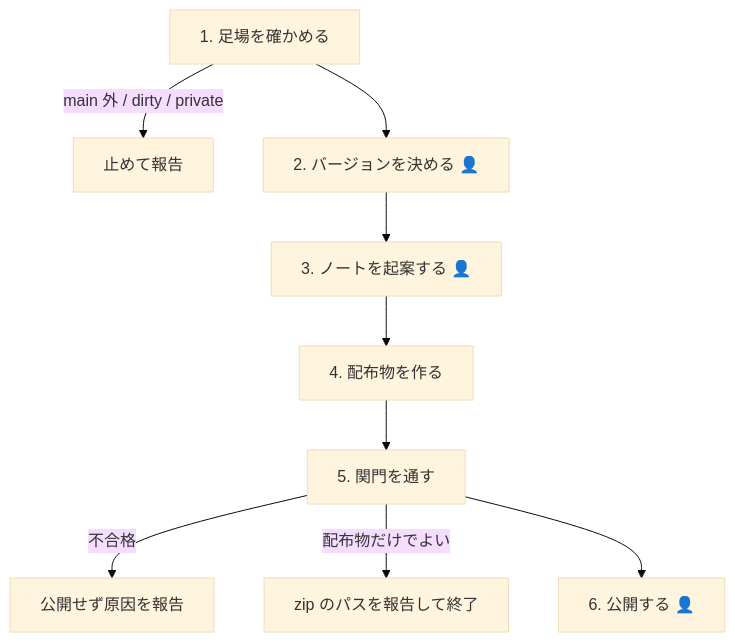
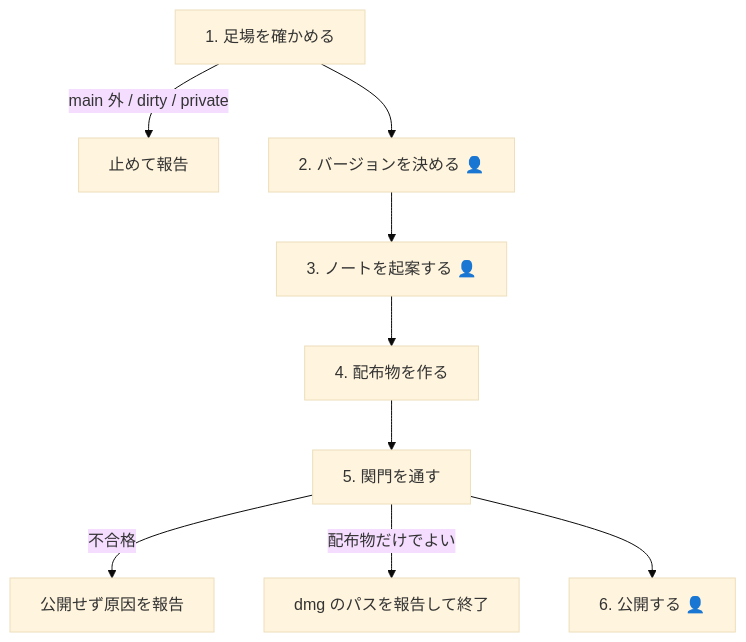
Before and after one commit to nakashima-takeo/orbe: the diagram in .claude/skills/release/SKILL.md, drawn with Mermaid (base theme). The commit also changed other lines of this file, not shown here.

First line of the commit message:
docs(release): release スキルを DMG 配布に合わせて更新

````diff
--- a/.claude/skills/release/SKILL.md
+++ b/.claude/skills/release/SKILL.md
@@ -22,11 +22,11 @@
 ```mermaid
 flowchart TD
     A[1. 足場を確かめる] -->|main 外 / dirty / private| S1[止めて報告]
     A --> B[2. バージョンを決める 👤]
     B --> C[3. ノートを起案する 👤]
     C --> D[4. 配布物を作る]
     D --> E[5. 関門を通す]
     E -->|不合格| S2[公開せず原因を報告]
-    E -->|配布物だけでよい| Z[zip のパスを報告して終了]
+    E -->|配布物だけでよい| Z[dmg のパスを報告して終了]
     E --> F[6. 公開する 👤]
 ```
````
